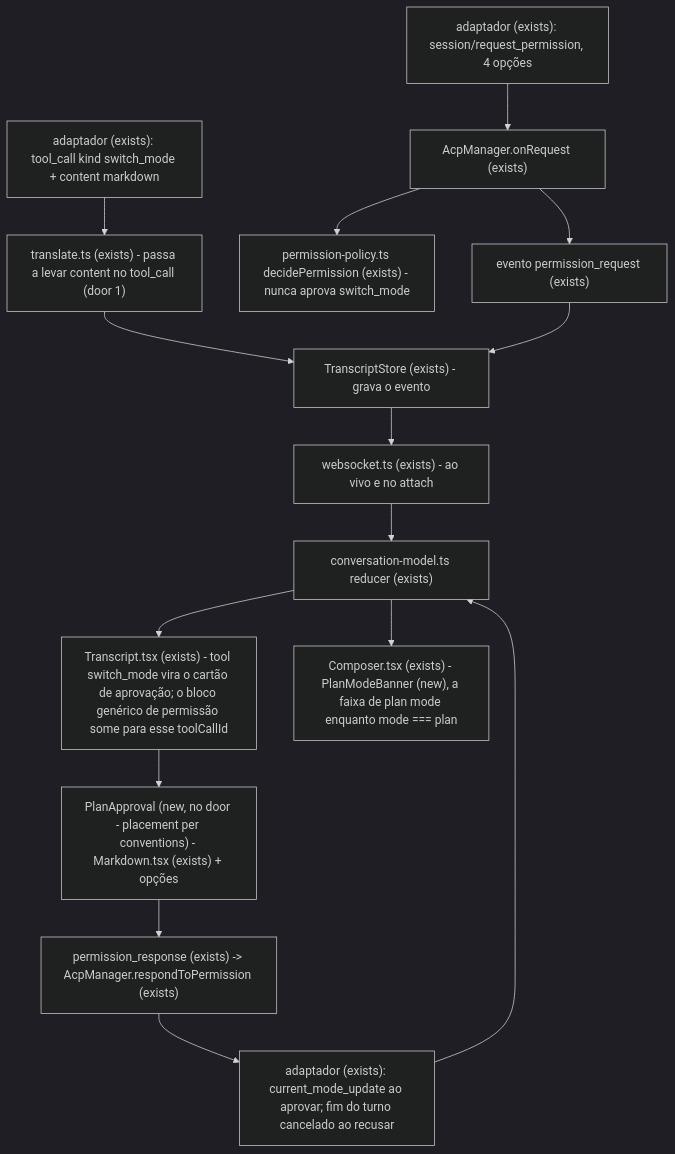
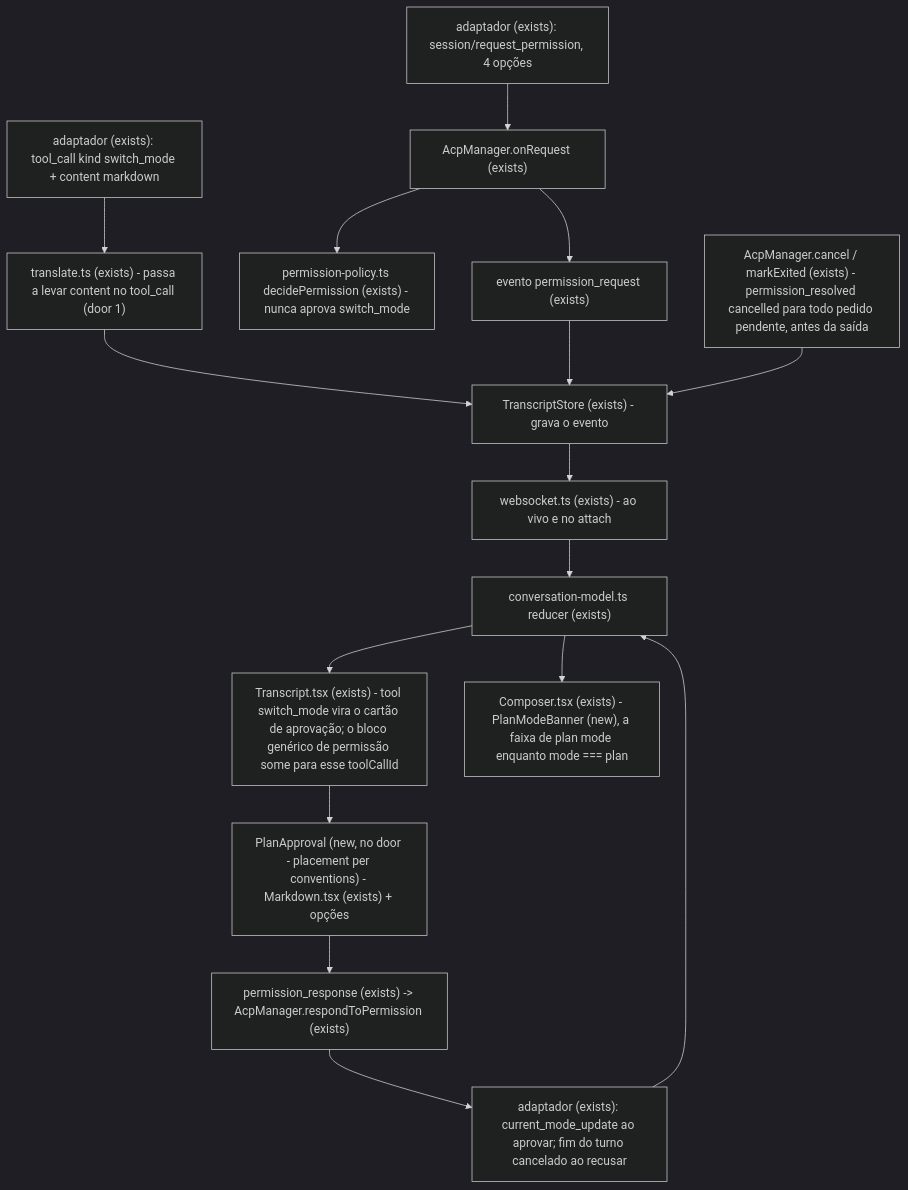
Before and after one commit to vinihcrosa/lumem-os: the diagram in docs/features/035-plan-mode/prd.md, drawn with Mermaid (dark theme). The commit also changed 8 other files, not shown here.

````diff
--- a/docs/features/035-plan-mode/prd.md
+++ b/docs/features/035-plan-mode/prd.md
@@ -66,17 +66,18 @@
 ```mermaid
 flowchart TD
     AD["adaptador (exists): tool_call kind switch_mode + content markdown"] --> TR["translate.ts (exists) - passa a levar content no tool_call (door 1)"]
     AD2["adaptador (exists): session/request_permission, 4 opções"] --> AM["AcpManager.onRequest (exists)"]
     AM --> POL["permission-policy.ts decidePermission (exists) - nunca aprova switch_mode"]
     AM --> EV["evento permission_request (exists)"]
     TR --> TS["TranscriptStore (exists) - grava o evento"]
     EV --> TS
     TS --> WS["websocket.ts (exists) - ao vivo e no attach"]
     WS --> RED["conversation-model.ts reducer (exists)"]
     RED --> TX["Transcript.tsx (exists) - tool switch_mode vira o cartão de aprovação; o bloco genérico de permissão some para esse toolCallId"]
     TX --> CARD["PlanApproval (new, no door - placement per conventions) - Markdown.tsx (exists) + opções"]
     CARD --> RESP["permission_response (exists) -> AcpManager.respondToPermission (exists)"]
     RESP --> AD3["adaptador (exists): current_mode_update ao aprovar; fim do turno cancelado ao recusar"]
     AD3 --> RED
+    CAN["AcpManager.cancel / markExited (exists) - permission_resolved cancelled para todo pedido pendente, antes da saída"] --> TS
     RED --> BAN["Composer.tsx (exists) - PlanModeBanner (new), a faixa de plan mode enquanto mode === plan"]
 ```
````
